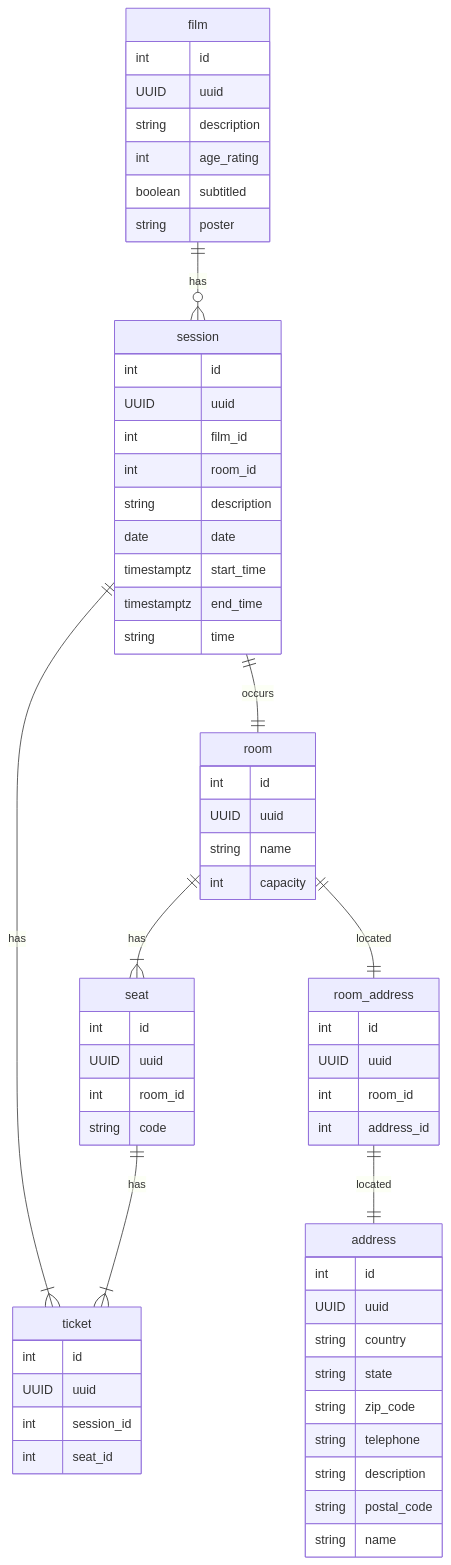
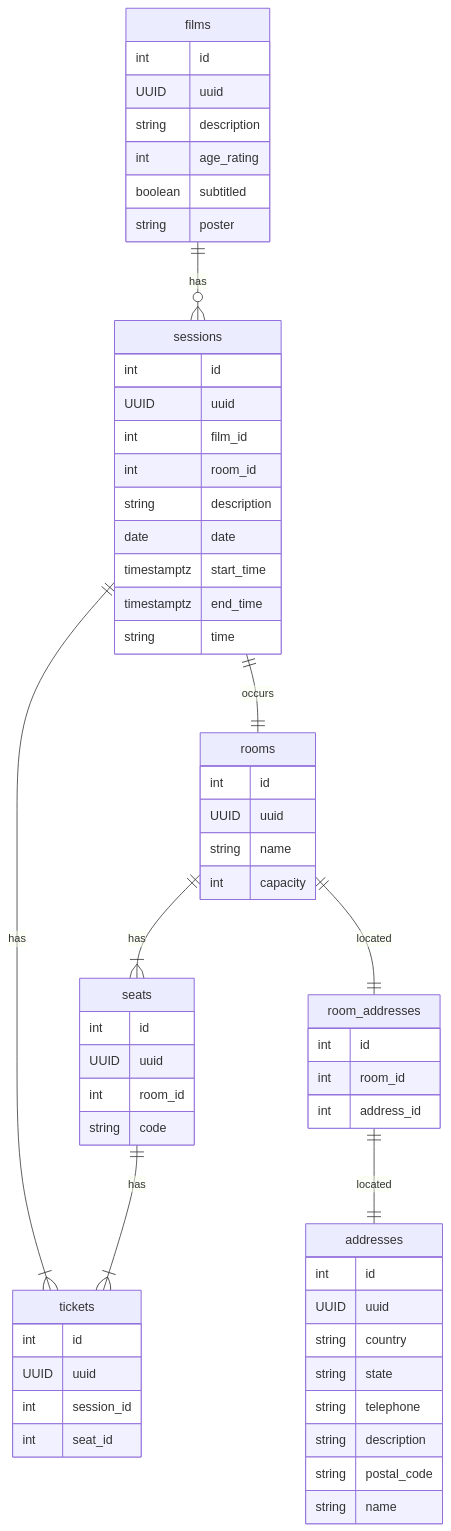
The second of 2 diagrams in README.md (jtonynet/cine-catalogo), drawn with Mermaid before and after one commit. The commit also changed other lines of this file, not shown here.

Commit message:
fix: readme diagrams and some text

````diff
--- a/README.md
+++ b/README.md
@@ -136,65 +136,63 @@
 ```mermaid
 erDiagram 
-    film {
+    films {
         int id
         UUID uuid
         string description
         int age_rating
         boolean subtitled
         string poster
     }
-    session {
+    sessions {
         int id
         UUID uuid
         int film_id
         int room_id
         string description
         date date
         timestamptz start_time
         timestamptz end_time
         string time
     }
-    room {
+    rooms {
         int id
         UUID uuid
         string name
         int capacity
     }
-    seat {
+    seats {
         int id
         UUID uuid
         int room_id
         string code
     }
-    ticket {
+    tickets {
         int id
         UUID uuid
         int session_id
         int seat_id
     }
-    address {
+    addresses {
         int id
         UUID uuid
         string country
         string state
-        string zip_code
         string telephone
         string description
         string postal_code
         string name
     }
-    room_address {
+    room_addresses {
         int id
-        UUID uuid
         int room_id
         int address_id
     }
 
-    film ||--o{ session : has
-    session ||--|| room : occurs
-    room ||--|{ seat : has
-    session ||--|{ ticket : has
-    seat ||--|{ ticket : has
-    room ||--|| room_address : located
-    room_address ||--|| address : located
+    films ||--o{ sessions : has
+    sessions ||--|| rooms : occurs
+    rooms ||--|{ seats : has
+    sessions ||--|{ tickets : has
+    seats ||--|{ tickets : has
+    rooms ||--|| room_addresses : located
+    room_addresses ||--|| addresses : located
 ```
````
